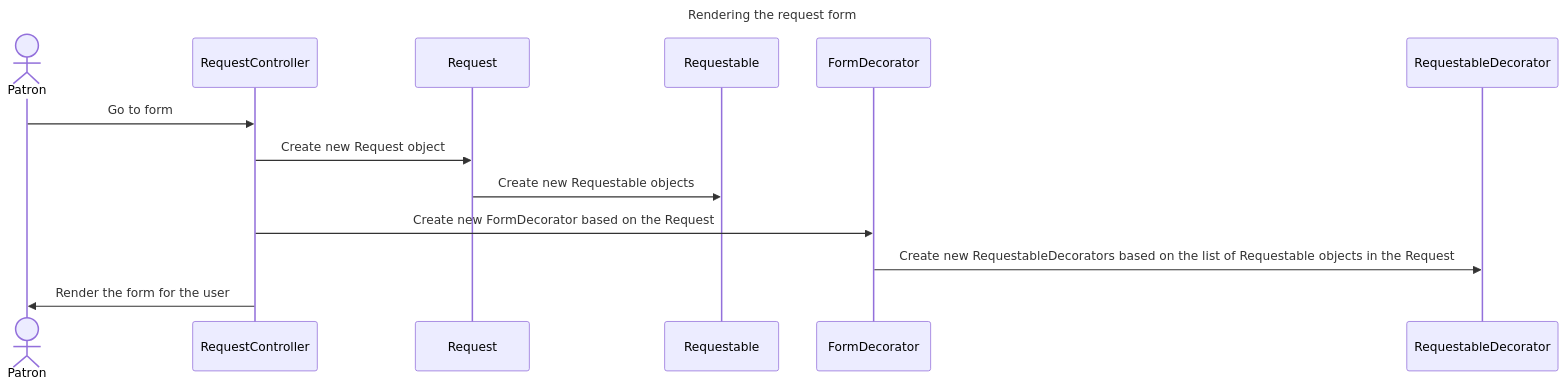
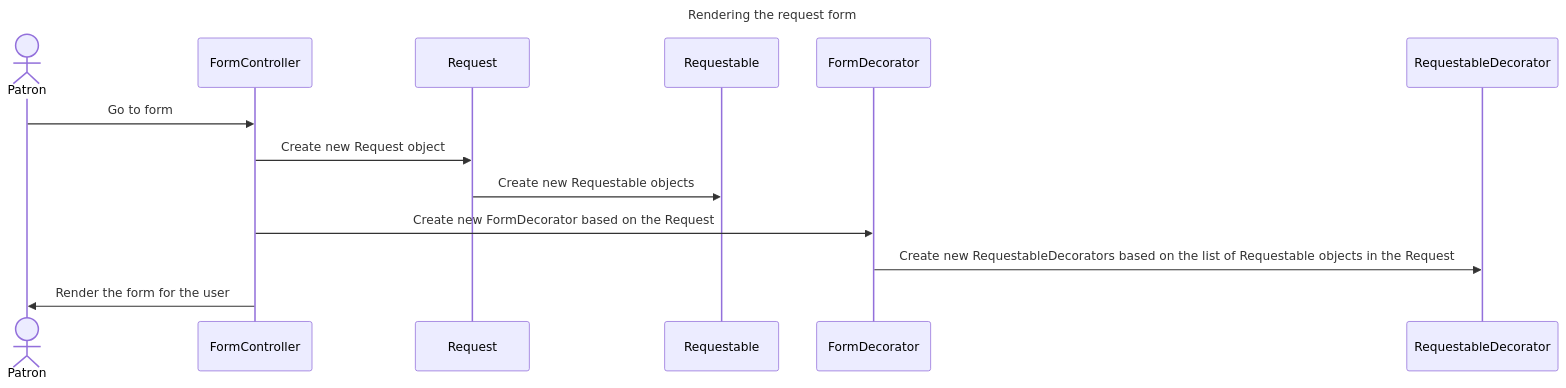
The second of 3 diagrams in docs/requests/README.md (pulibrary/orangelight), drawn with Mermaid before and after one commit. The commit also changed other lines of this file and 50 other files, not shown here.

Commit message:
Rename directory structure request-> form Rename file names Rename cassetes files

````diff
--- a/docs/requests/README.md
+++ b/docs/requests/README.md
@@ -74,11 +74,11 @@
 ```mermaid
 sequenceDiagram
     title Rendering the request form
     actor patron as Patron
-    patron->>RequestController: Go to form
-    RequestController->>Request: Create new Request object
+    patron->>FormController: Go to form
+    FormController->>Request: Create new Request object
     Request->>Requestable: Create new Requestable objects
-    RequestController->>FormDecorator: Create new FormDecorator based on the Request
+    FormController->>FormDecorator: Create new FormDecorator based on the Request
     FormDecorator->>RequestableDecorator: Create new RequestableDecorators based on the list of Requestable objects in the Request
-    RequestController->>patron: Render the form for the user
+    FormController->>patron: Render the form for the user
 ```
````
